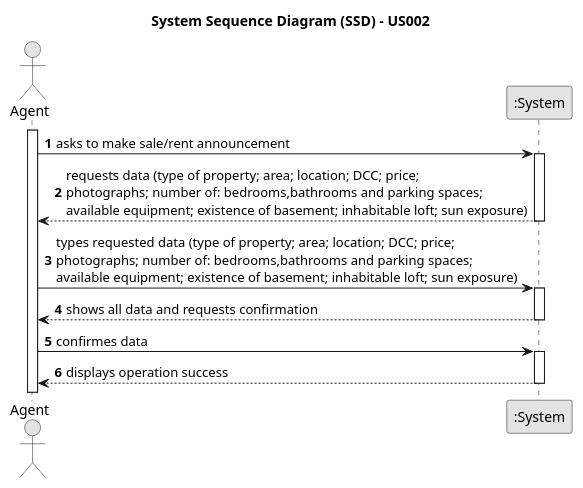
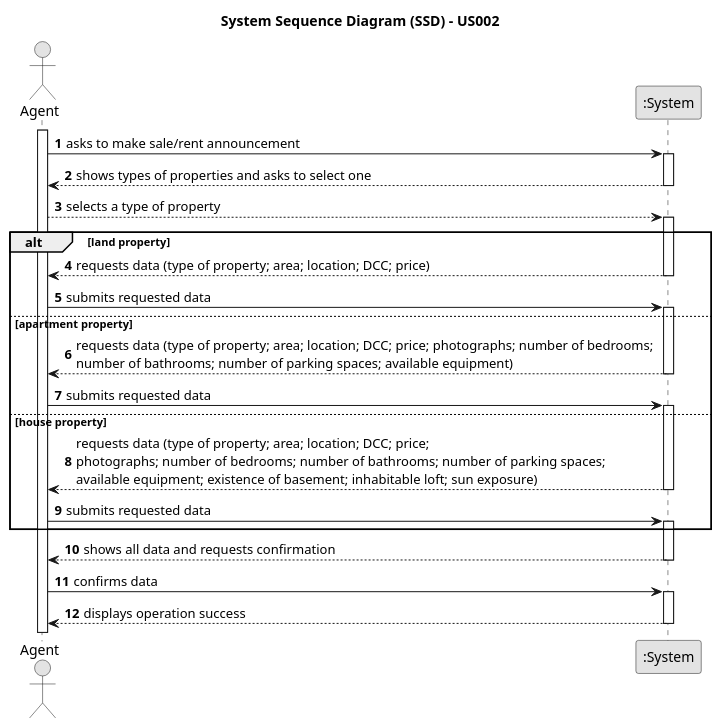
One commit to rita-barbosa/LAPR2-2223 changed the diagram in docs/sprintA/us002/01.requirements-engineering/puml/us002-system-sequence-diagram.puml. Above: the diagram before and after it, drawn with PlantUML. The commit also changed 19 other files, not shown here.

Commit message:
Update of system sequence diagram of US002 (us002-system-sequence-diagram.puml); Slight alteration of the script generate-plantuml-diagrams.sh to create svg; Elaboration of the file 01.requirements-engineering\Readme.md for the US002

```diff
--- a/docs/sprintA/us002/01.requirements-engineering/puml/us002-system-sequence-diagram.puml
+++ b/docs/sprintA/us002/01.requirements-engineering/puml/us002-system-sequence-diagram.puml
@@ -1,33 +1,52 @@
 @startuml
 skinparam monochrome true
 skinparam packageStyle rectangle
 skinparam shadowing false
 
 title System Sequence Diagram (SSD) - US002
 
 autonumber
 
 actor "Agent" as Employee
 participant ":System" as System
 
 activate Employee
 
     Employee -> System : asks to make sale/rent announcement
     activate System
 
-        System --> Employee : requests data (type of property; area; location; DCC; price; \nphotographs; number of: bedrooms,bathrooms and parking spaces; \navailable equipment; existence of basement; inhabitable loft; sun exposure)
+    System --> Employee : shows types of properties and asks to select one
     deactivate System
 
-    Employee -> System : types requested data (type of property; area; location; DCC; price; \nphotographs; number of: bedrooms,bathrooms and parking spaces; \navailable equipment; existence of basement; inhabitable loft; sun exposure)
-    activate System
+    Employee --> System : selects a type of property
+        activate System
 
+    alt land property
+       System --> Employee : requests data (type of property; area; location; DCC; price)
+          deactivate System
+      Employee -> System : submits requested data
+              activate System
+
+    else apartment property
+      System --> Employee : requests data (type of property; area; location; DCC; price; photographs; number of bedrooms; \nnumber of bathrooms; number of parking spaces; available equipment)
+        deactivate System
+    Employee -> System : submits requested data
+            activate System
+    else house property
+
+      System --> Employee : requests data (type of property; area; location; DCC; price; \nphotographs; number of bedrooms; number of bathrooms; number of parking spaces; \navailable equipment; existence of basement; inhabitable loft; sun exposure)
+        deactivate System
+
+        Employee -> System : submits requested data
+        activate System
+end
         System --> Employee : shows all data and requests confirmation
     deactivate System
 
-    Employee -> System : confirmes data
+    Employee -> System : confirms data
     activate System
 
         System --> Employee : displays operation success
     deactivate System
 
 @enduml
```
